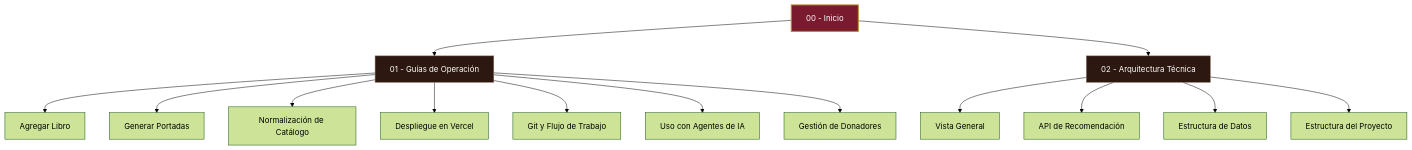
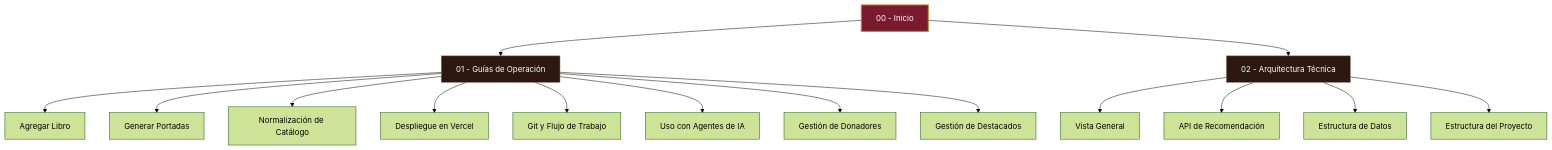
One commit to libros-en-accion/biblioteca-digital changed the diagram in boveda/00 - Inicio.md. Above: the diagram before and after it, drawn with Mermaid (forest theme). The commit also changed other lines of this file and 1 other file, not shown here.

Commit message:
docs: agregar guía para la gestión de libros destacados en la home a la bóveda

````diff
--- a/boveda/00 - Inicio.md
+++ b/boveda/00 - Inicio.md
@@ -16,22 +16,23 @@
 ```mermaid
 graph TD
     Inicio[00 - Inicio] --> Guias[01 - Guías de Operación]
     Inicio --> Arq[02 - Arquitectura Técnica]
 
     Guias --> G1[Agregar Libro]
     Guias --> G2[Generar Portadas]
     Guias --> G3[Normalización de Catálogo]
     Guias --> G4[Despliegue en Vercel]
     Guias --> G5[Git y Flujo de Trabajo]
     Guias --> G6[Uso con Agentes de IA]
     Guias --> G7[Gestión de Donadores]
+    Guias --> G8[Gestión de Destacados]
 
     Arq --> A1[Vista General]
     Arq --> A2[API de Recomendación]
     Arq --> A3[Estructura de Datos]
     Arq --> A4[Estructura del Proyecto]
     
     style Inicio fill:#7a1a2e,stroke:#b8892a,stroke-width:2px,color:#fff
     style Guias fill:#2c1810,stroke:#8a7060,color:#fff
     style Arq fill:#2c1810,stroke:#8a7060,color:#fff
 ```
````
